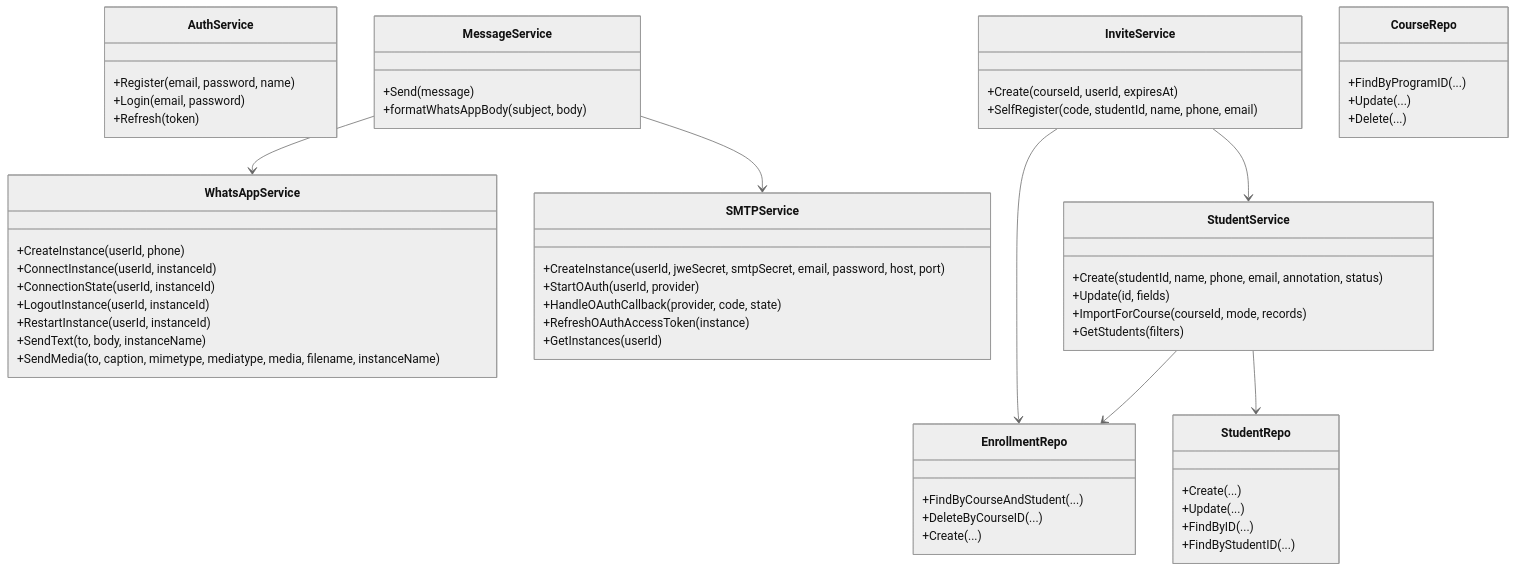
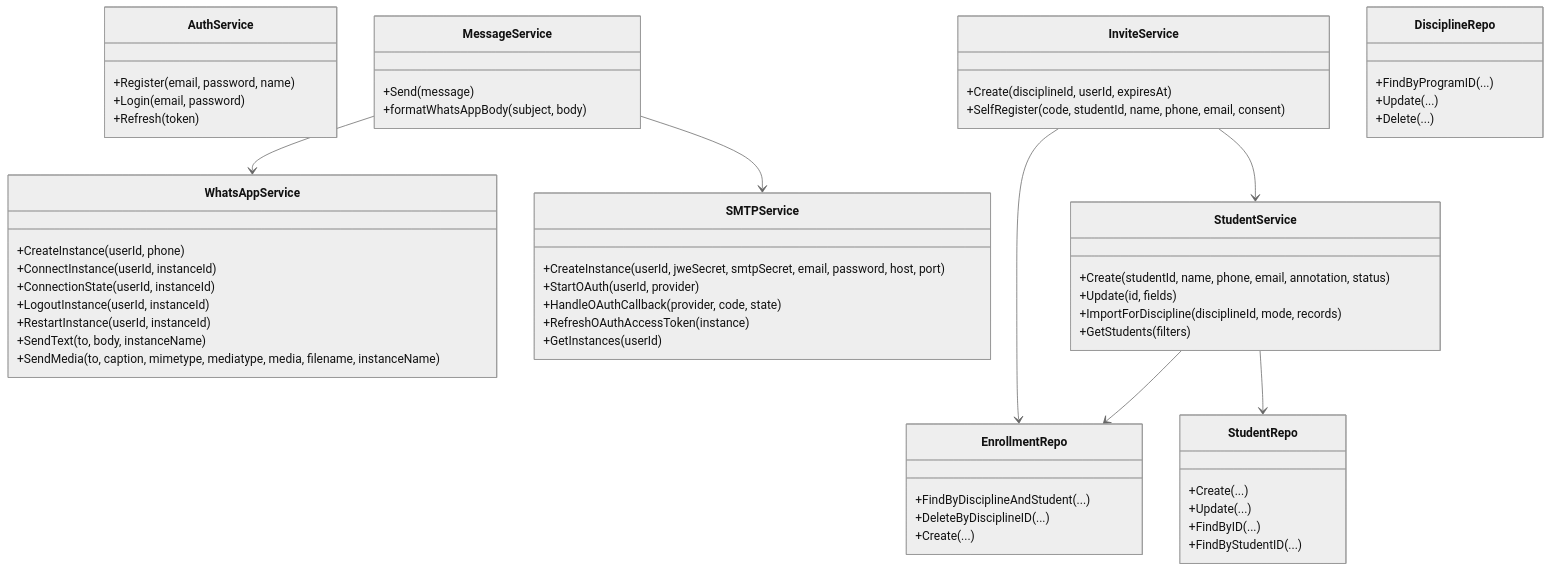
The fifth of 8 diagrams in README.md (ThalysSilva/unicast-backend), drawn with Mermaid (neutral theme) before and after one commit. The commit also changed other lines of this file and 25 other files, not shown here.

Commit message:
feat: alterado course para discipline e corrigido re-preenchimento do aluno

````diff
--- a/README.md
+++ b/README.md
@@ -221,61 +222,61 @@
 ```mermaid
 classDiagram
     class AuthService {
       +Register(email, password, name)
       +Login(email, password)
       +Refresh(token)
     }
     class InviteService {
-      +Create(courseId, userId, expiresAt)
-      +SelfRegister(code, studentId, name, phone, email)
+      +Create(disciplineId, userId, expiresAt)
+      +SelfRegister(code, studentId, name, phone, email, consent)
     }
     class MessageService {
       +Send(message)
       +formatWhatsAppBody(subject, body)
     }
     class WhatsAppService {
       +CreateInstance(userId, phone)
       +ConnectInstance(userId, instanceId)
       +ConnectionState(userId, instanceId)
       +LogoutInstance(userId, instanceId)
       +RestartInstance(userId, instanceId)
       +SendText(to, body, instanceName)
       +SendMedia(to, caption, mimetype, mediatype, media, filename, instanceName)
     }
     class SMTPService {
       +CreateInstance(userId, jweSecret, smtpSecret, email, password, host, port)
       +StartOAuth(userId, provider)
       +HandleOAuthCallback(provider, code, state)
       +RefreshOAuthAccessToken(instance)
       +GetInstances(userId)
     }
     class StudentService {
       +Create(studentId, name, phone, email, annotation, status)
       +Update(id, fields)
-      +ImportForCourse(courseId, mode, records)
+      +ImportForDiscipline(disciplineId, mode, records)
       +GetStudents(filters)
     }
     class EnrollmentRepo {
-      +FindByCourseAndStudent(...)
-      +DeleteByCourseID(...)
+      +FindByDisciplineAndStudent(...)
+      +DeleteByDisciplineID(...)
       +Create(...)
     }
     class StudentRepo {
       +Create(...)
       +Update(...)
       +FindByID(...)
       +FindByStudentID(...)
     }
-    class CourseRepo {
+    class DisciplineRepo {
       +FindByProgramID(...)
       +Update(...)
       +Delete(...)
     }
 
     MessageService --> WhatsAppService
     MessageService --> SMTPService
     InviteService --> EnrollmentRepo
     InviteService --> StudentService
     StudentService --> StudentRepo
     StudentService --> EnrollmentRepo
 ```
````
